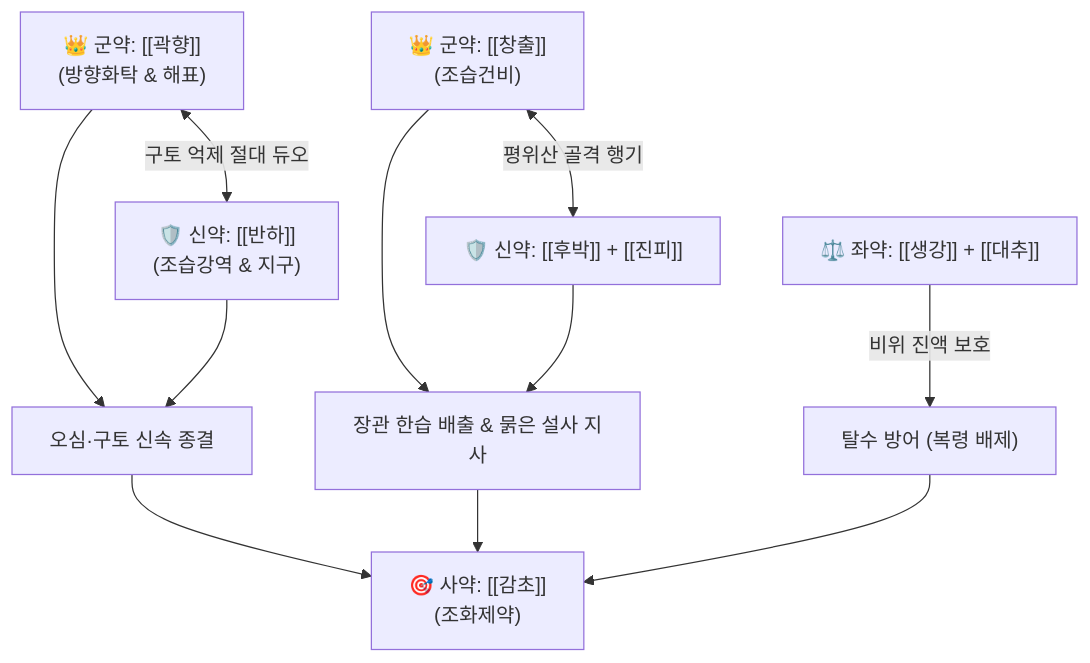
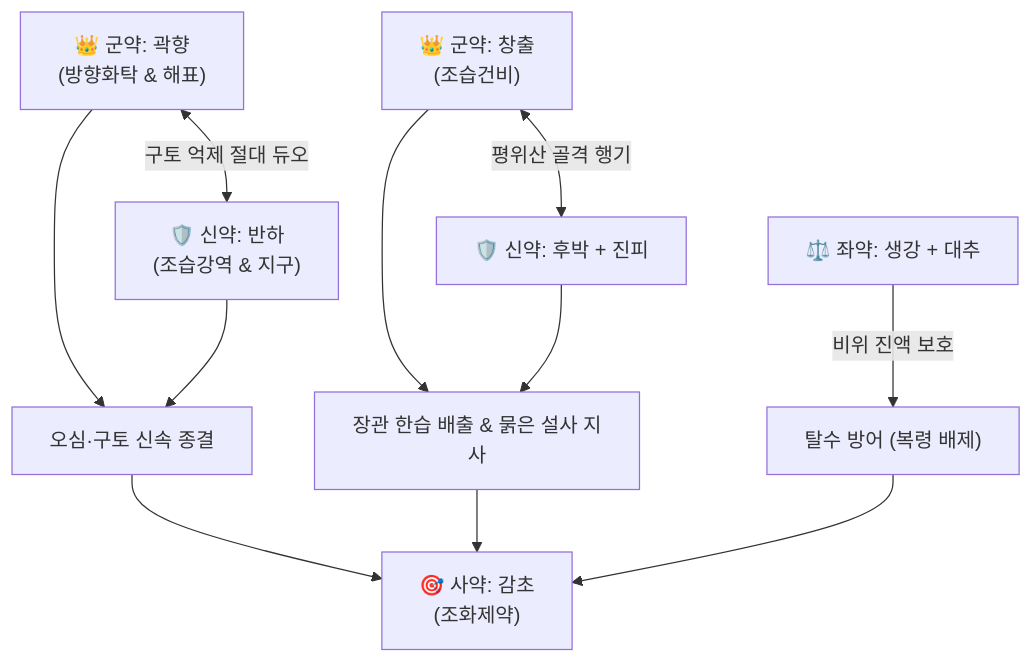
Before and after one commit to simbio11/simbio-digital-garden2: the diagram in content/2. 약리 공부/처방/03_화담·거습·이수제/불환금정기산.md, drawn with Mermaid. The commit also changed other lines of this file and 323 other files, not shown here.

````diff
--- a/content/2. 약리 공부/처방/03_화담·거습·이수제/불환금정기산.md
+++ b/content/2. 약리 공부/처방/03_화담·거습·이수제/불환금정기산.md
@@ -56,9 +58,9 @@
 ```mermaid
 graph TD
-    GH["👑 군약: [[곽향]]<br>(방향화탁 & 해표)"] <-->|구토 억제 절대 듀오| BH["🛡️ 신약: [[반하]]<br>(조습강역 & 지구)"]
-    CC["👑 군약: [[창출]]<br>(조습건비)"] <-->|평위산 골격 행기| HP["🛡️ 신약: [[후박]] + [[진피]]"]
+    GH["👑 군약: 곽향<br>(방향화탁 & 해표)"] <-->|구토 억제 절대 듀오| BH["🛡️ 신약: 반하<br>(조습강역 & 지구)"]
+    CC["👑 군약: 창출<br>(조습건비)"] <-->|평위산 골격 행기| HP["🛡️ 신약: 후박 + 진피"]
     GH & BH --> X["오심·구토 신속 종결"]
     CC & HP --> Y["장관 한습 배출 & 묽은 설사 지사"]
-    SG["⚖️ 좌약: [[생강]] + [[대추]]"] -->|비위 진액 보호| Z["탈수 방어 (복령 배제)"]
-    X & Y & Z --> GC["🎯 사약: [[감초]]<br>(조화제약)"]
+    SG["⚖️ 좌약: 생강 + 대추"] -->|비위 진액 보호| Z["탈수 방어 (복령 배제)"]
+    X & Y & Z --> GC["🎯 사약: 감초<br>(조화제약)"]
 ```
````
